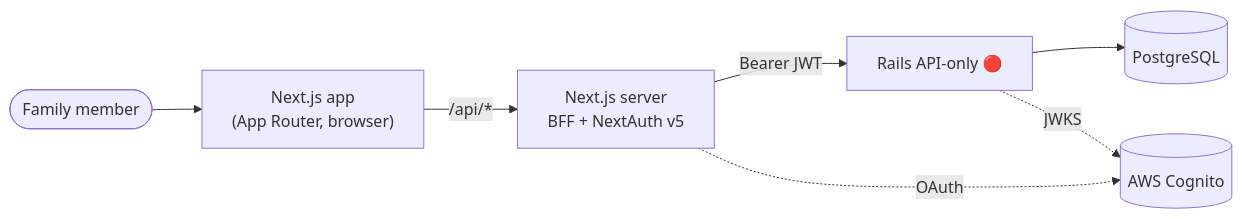
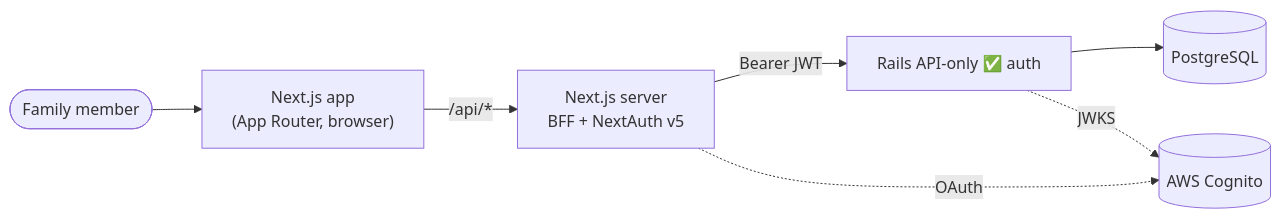
One commit to dipguha/MyPal changed the first of 3 diagrams in docs/architecture.md. Above: the diagram before and after it, drawn with Mermaid. The commit also changed other lines of this file and 1 other file, not shown here.

First line of the commit message:
docs(platform--sign-up): update architecture + README for the Rails backend

````diff
--- a/docs/architecture.md
+++ b/docs/architecture.md
@@ -21,9 +21,9 @@
 ```mermaid
 flowchart LR
   User([Family member]) --> Browser["Next.js app<br/>(App Router, browser)"]
   Browser -->|/api/*| BFF["Next.js server<br/>BFF + NextAuth v5"]
-  BFF -->|"Bearer JWT"| Rails["Rails API-only 🔴"]
+  BFF -->|"Bearer JWT"| Rails["Rails API-only ✅ auth"]
   Rails --> DB[(PostgreSQL)]
   BFF -.OAuth.-> Cognito[(AWS Cognito)]
   Rails -.JWKS.-> Cognito
 ```
````
